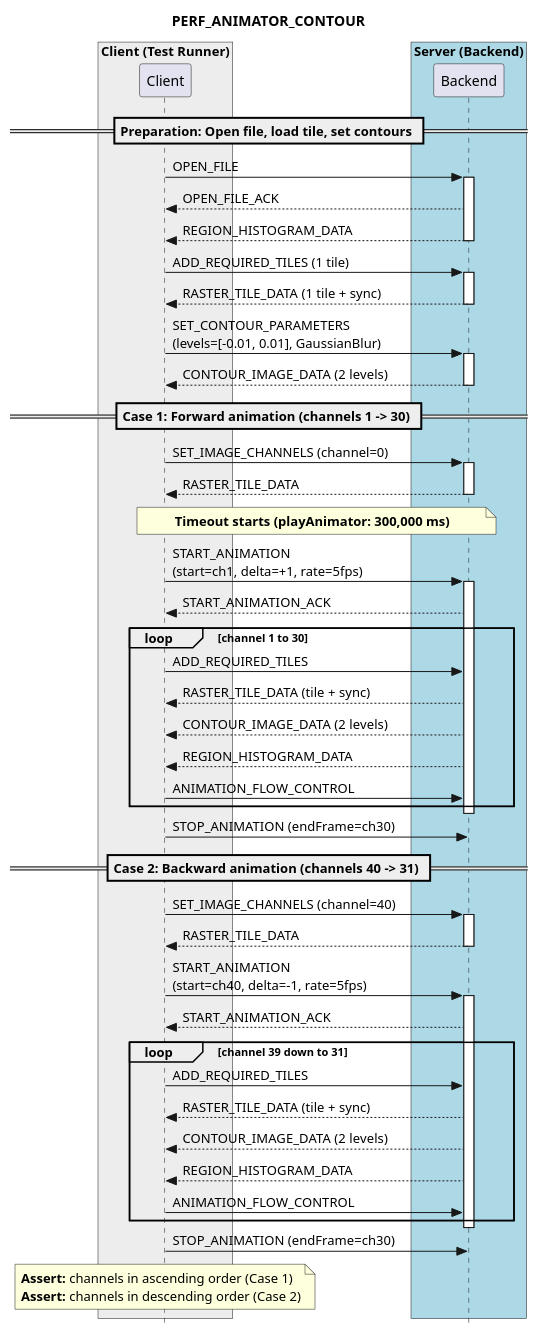
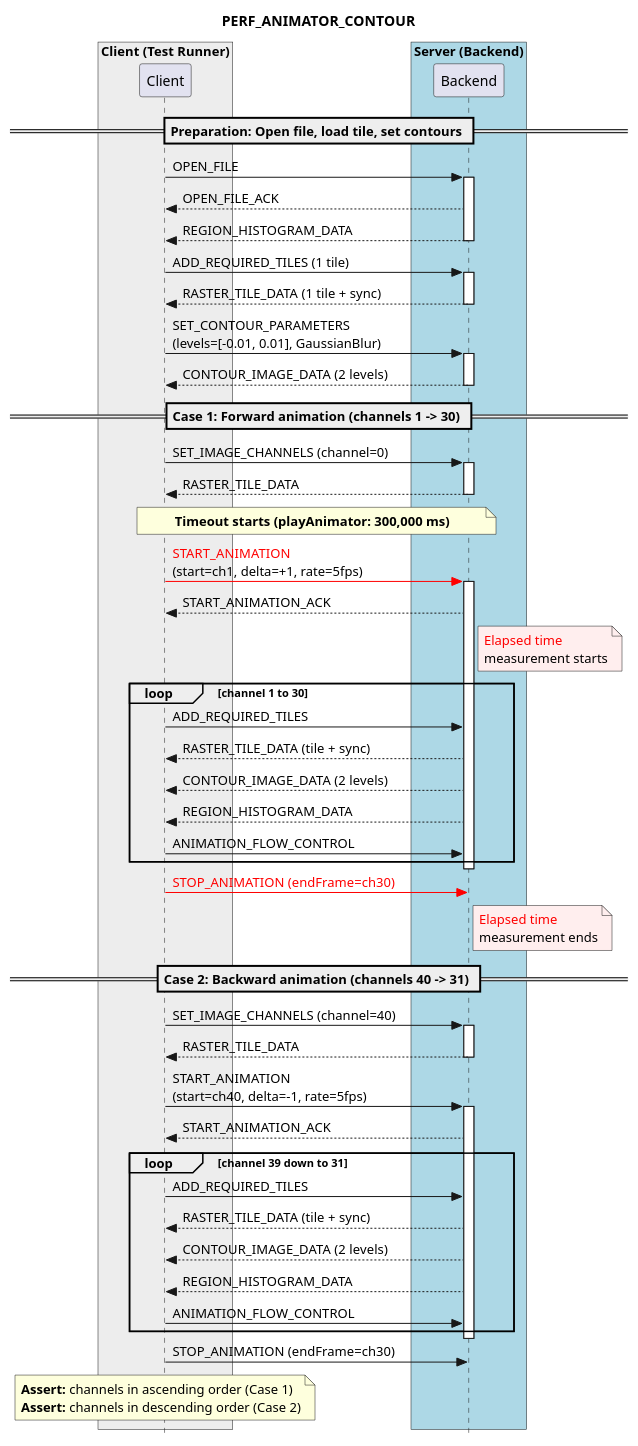
The fifth of 9 diagrams in docs/source/performance.rst (CARTAvis/ICD-RxJS), drawn with PlantUML before and after one commit. The commit also changed other lines of this file, not shown here.

Commit message:
Add elapsed time measurement markers to PERF_ANIMATOR_CONTOUR diagram

```diff
--- a/docs/source/performance.rst
+++ b/docs/source/performance.rst
@@ -392,9 +393,14 @@
         **Timeout starts (playAnimator: 300,000 ms)**
     end note
 
-    Client -> Backend : START_ANIMATION\n(start=ch1, delta=+1, rate=5fps)
+    Client -[#red]> Backend : <font color="red">START_ANIMATION</font>\n(start=ch1, delta=+1, rate=5fps)
     activate Backend
     Client <-- Backend : START_ANIMATION_ACK
+
+    note right of Backend #FFEEEE
+        <font color="red">Elapsed time
+        measurement starts
+    end note
 
     loop channel 1 to 30
         Client -> Backend : ADD_REQUIRED_TILES
@@ -405,7 +411,12 @@
     end
     deactivate Backend
 
-    Client -> Backend : STOP_ANIMATION (endFrame=ch30)
+    Client -[#red]> Backend : <font color="red">STOP_ANIMATION (endFrame=ch30)</font>
+
+    note right of Backend #FFEEEE
+        <font color="red">Elapsed time
+        measurement ends
+    end note
 
     == Case 2: Backward animation (channels 40 -> 31) ==
 
```
